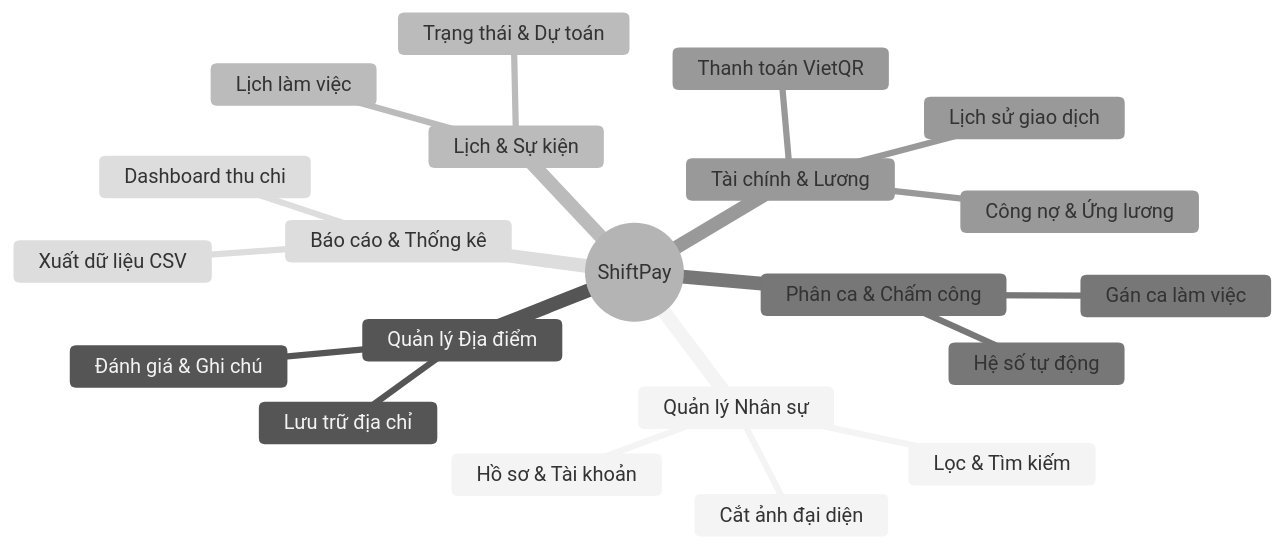
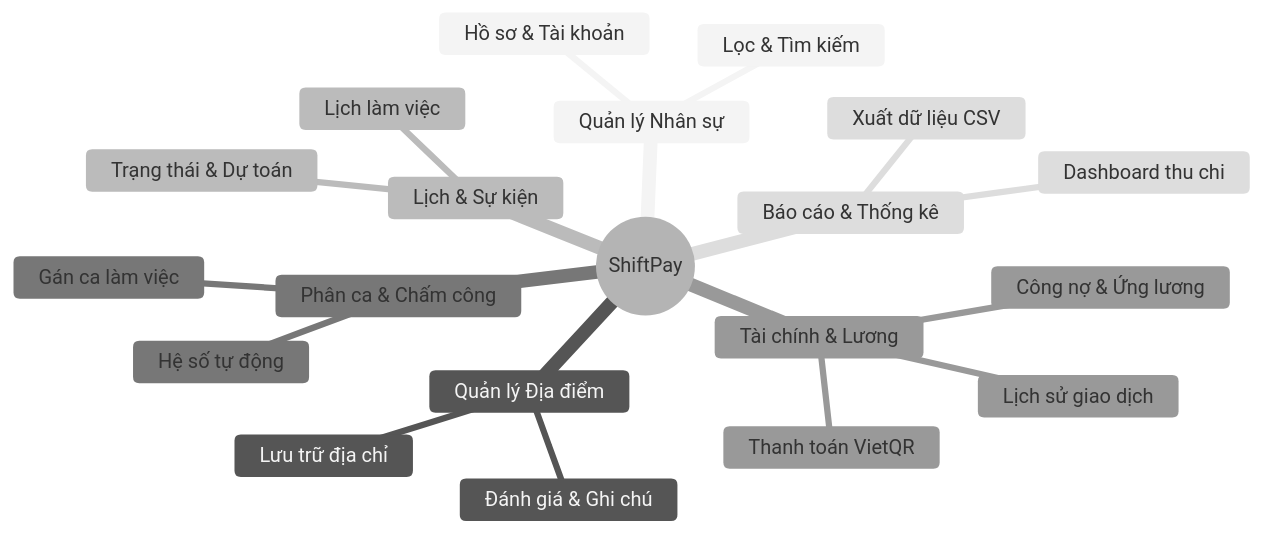
One commit to dexter826/at_shiftpay changed the first of 3 diagrams in README.md. Above: the diagram before and after it, drawn with Mermaid (neutral theme). The commit also changed other lines of this file and 3 other files, not shown here.

Commit message:
feat: implement interactive monthly dashboard activity chart with custom month picker modal

````diff
--- a/README.md
+++ b/README.md
@@ -49,24 +45,23 @@
 ```mermaid
 mindmap
   root((ShiftPay))
     Quản lý Nhân sự
       Hồ sơ & Tài khoản
-      Cắt ảnh đại diện
       Lọc & Tìm kiếm
     Quản lý Địa điểm
       Lưu trữ địa chỉ
       Đánh giá & Ghi chú
     Lịch & Sự kiện
       Lịch làm việc
       Trạng thái & Dự toán
     Phân ca & Chấm công
       Gán ca làm việc
       Hệ số tự động
     Tài chính & Lương
       Công nợ & Ứng lương
       Thanh toán VietQR
       Lịch sử giao dịch
     Báo cáo & Thống kê
       Dashboard thu chi
       Xuất dữ liệu CSV
 ```
````
